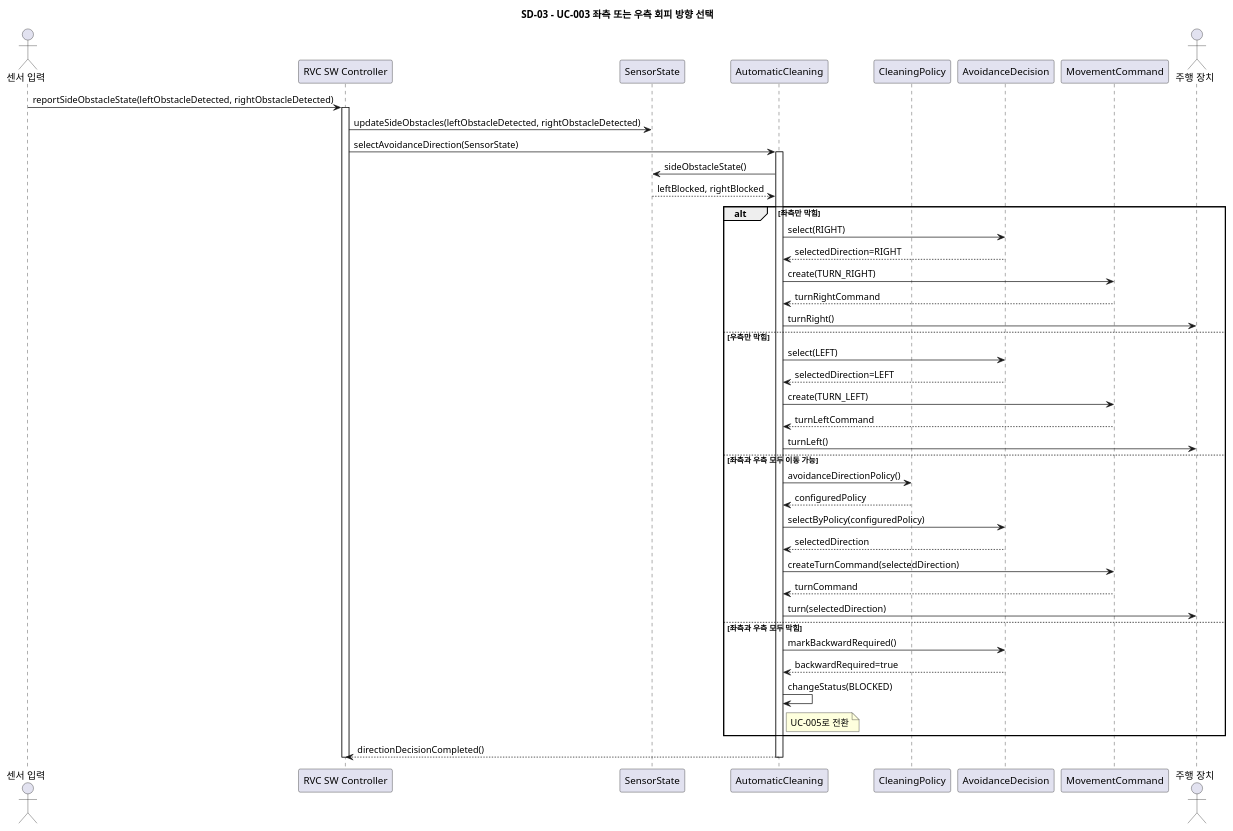
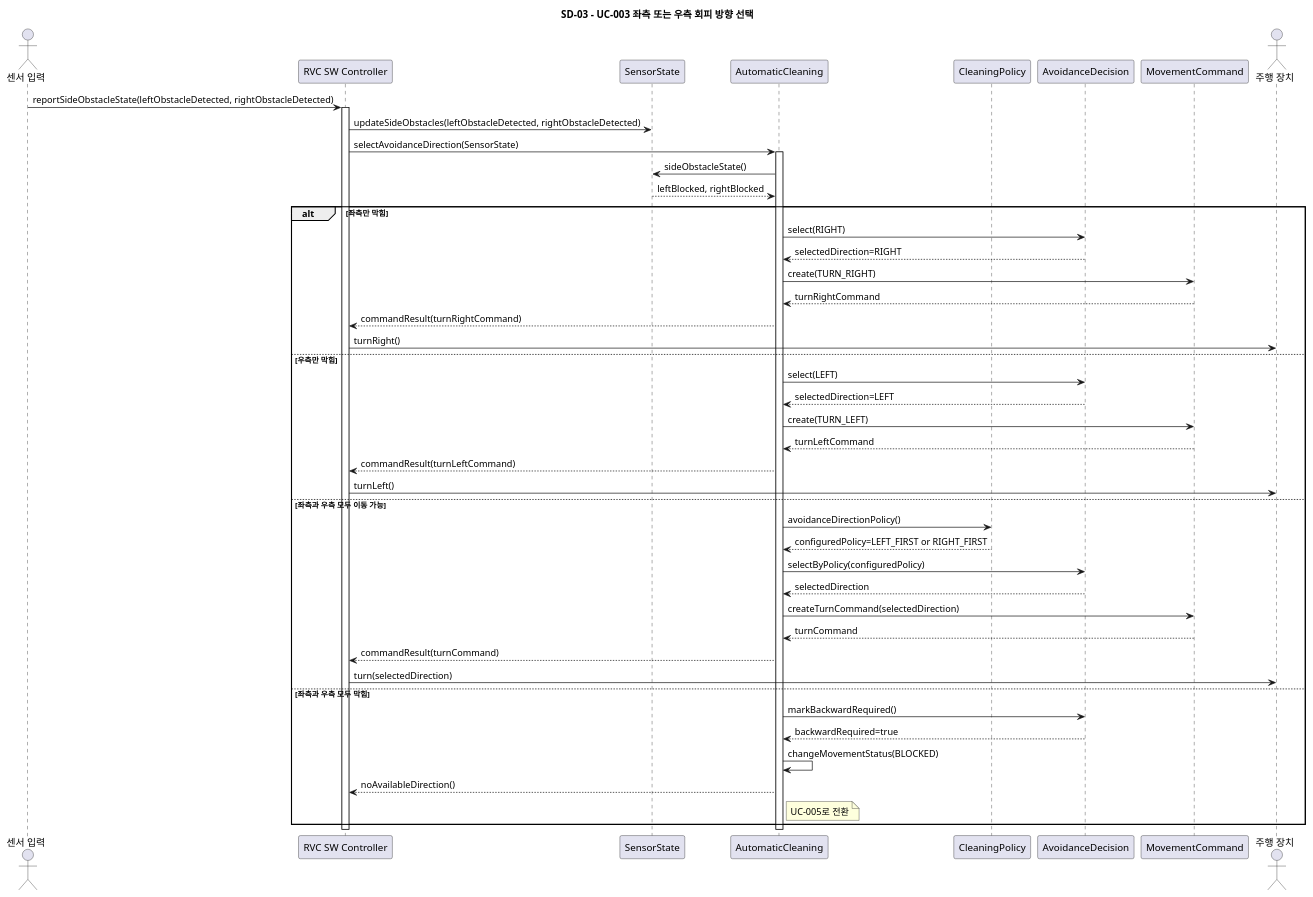
Before and after one commit to OOAD-Team3/Robot-Vacuum-Cleaner-AI: the diagram in docs/sd/SD-03.puml, drawn with PlantUML. The commit also changed 9 other files, not shown here.

```diff
--- a/docs/sd/SD-03.puml
+++ b/docs/sd/SD-03.puml
@@ -6,51 +6,54 @@
 @startuml SD_03_UC003_Select_Avoidance_Direction
 title SD-03 - UC-003 좌측 또는 우측 회피 방향 선택
 
 actor "센서 입력" as Sensor
 participant "RVC SW Controller" as Controller
 participant "SensorState" as SensorState
 participant "AutomaticCleaning" as Cleaning
 participant "CleaningPolicy" as Policy
 participant "AvoidanceDecision" as AvoidanceDecision
 participant "MovementCommand" as MovementCommand
 actor "주행 장치" as Drive
 
 Sensor -> Controller: reportSideObstacleState(leftObstacleDetected, rightObstacleDetected)
 activate Controller
 Controller -> SensorState: updateSideObstacles(leftObstacleDetected, rightObstacleDetected)
 Controller -> Cleaning: selectAvoidanceDirection(SensorState)
 activate Cleaning
 Cleaning -> SensorState: sideObstacleState()
 SensorState --> Cleaning: leftBlocked, rightBlocked
 
 alt 좌측만 막힘
     Cleaning -> AvoidanceDecision: select(RIGHT)
     AvoidanceDecision --> Cleaning: selectedDirection=RIGHT
     Cleaning -> MovementCommand: create(TURN_RIGHT)
     MovementCommand --> Cleaning: turnRightCommand
-    Cleaning -> Drive: turnRight()
+    Cleaning --> Controller: commandResult(turnRightCommand)
+    Controller -> Drive: turnRight()
 else 우측만 막힘
     Cleaning -> AvoidanceDecision: select(LEFT)
     AvoidanceDecision --> Cleaning: selectedDirection=LEFT
     Cleaning -> MovementCommand: create(TURN_LEFT)
     MovementCommand --> Cleaning: turnLeftCommand
-    Cleaning -> Drive: turnLeft()
+    Cleaning --> Controller: commandResult(turnLeftCommand)
+    Controller -> Drive: turnLeft()
 else 좌측과 우측 모두 이동 가능
     Cleaning -> Policy: avoidanceDirectionPolicy()
-    Policy --> Cleaning: configuredPolicy
+    Policy --> Cleaning: configuredPolicy=LEFT_FIRST or RIGHT_FIRST
     Cleaning -> AvoidanceDecision: selectByPolicy(configuredPolicy)
     AvoidanceDecision --> Cleaning: selectedDirection
     Cleaning -> MovementCommand: createTurnCommand(selectedDirection)
     MovementCommand --> Cleaning: turnCommand
-    Cleaning -> Drive: turn(selectedDirection)
+    Cleaning --> Controller: commandResult(turnCommand)
+    Controller -> Drive: turn(selectedDirection)
 else 좌측과 우측 모두 막힘
     Cleaning -> AvoidanceDecision: markBackwardRequired()
     AvoidanceDecision --> Cleaning: backwardRequired=true
-    Cleaning -> Cleaning: changeStatus(BLOCKED)
+    Cleaning -> Cleaning: changeMovementStatus(BLOCKED)
+    Cleaning --> Controller: noAvailableDirection()
     note right of Cleaning: UC-005로 전환
 end
 
-Cleaning --> Controller: directionDecisionCompleted()
 deactivate Cleaning
 deactivate Controller
 @enduml
```
